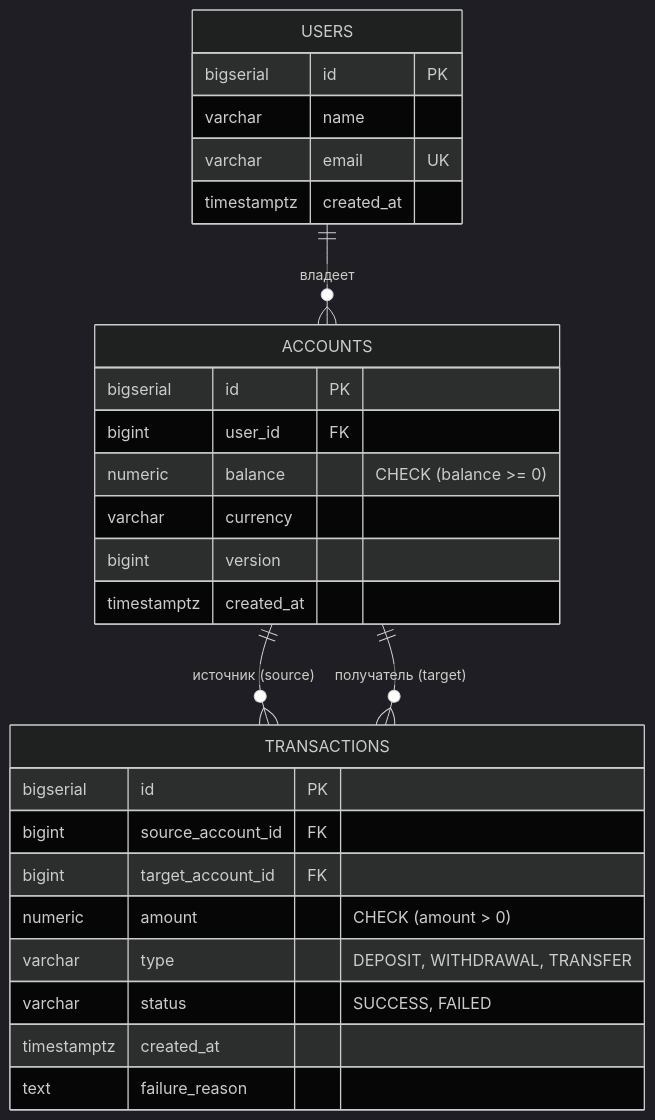
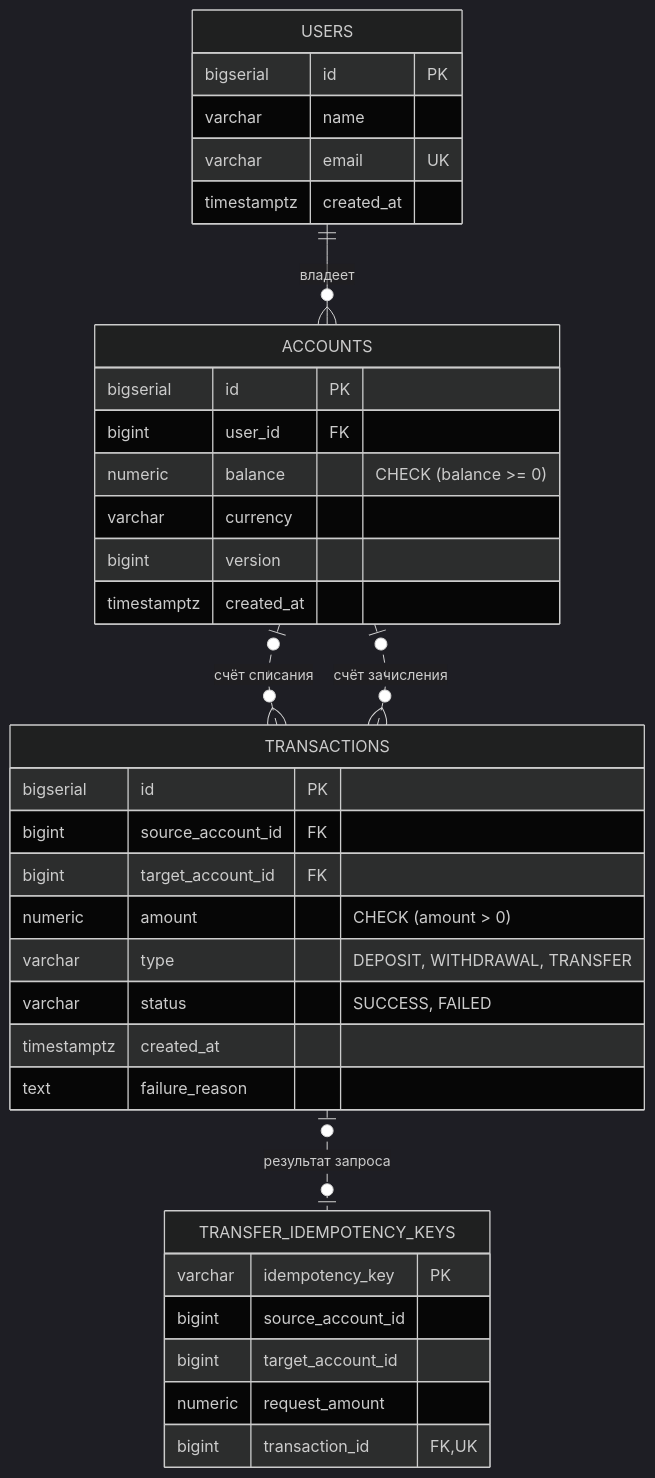
Before and after one commit to nagebandr/Bank: the first of 2 diagrams in README.md, drawn with Mermaid (dark theme). The commit also changed other lines of this file and 16 other files, not shown here.

````diff
--- a/README.md
+++ b/README.md
@@ -63,33 +63,42 @@
 ```mermaid
 erDiagram
     USERS ||--o{ ACCOUNTS : "владеет"
-    ACCOUNTS ||--o{ TRANSACTIONS : "источник (source)"
-    ACCOUNTS ||--o{ TRANSACTIONS : "получатель (target)"
+    ACCOUNTS |o..o{ TRANSACTIONS : "счёт списания"
+    ACCOUNTS |o..o{ TRANSACTIONS : "счёт зачисления"
+    TRANSACTIONS |o..o| TRANSFER_IDEMPOTENCY_KEYS : "результат запроса"
 
     USERS {
         bigserial id PK
         varchar name
         varchar email UK
         timestamptz created_at
     }
 
     ACCOUNTS {
         bigserial id PK
         bigint user_id FK
         numeric balance "CHECK (balance >= 0)"
         varchar currency
         bigint version
         timestamptz created_at
     }
 
     TRANSACTIONS {
         bigserial id PK
         bigint source_account_id FK
         bigint target_account_id FK
         numeric amount "CHECK (amount > 0)"
         varchar type "DEPOSIT, WITHDRAWAL, TRANSFER"
         varchar status "SUCCESS, FAILED"
         timestamptz created_at
         text failure_reason
     }
+
+    TRANSFER_IDEMPOTENCY_KEYS {
+        varchar idempotency_key PK
+        bigint source_account_id
+        bigint target_account_id
+        numeric request_amount
+        bigint transaction_id FK, UK
+    }
 ```
````
